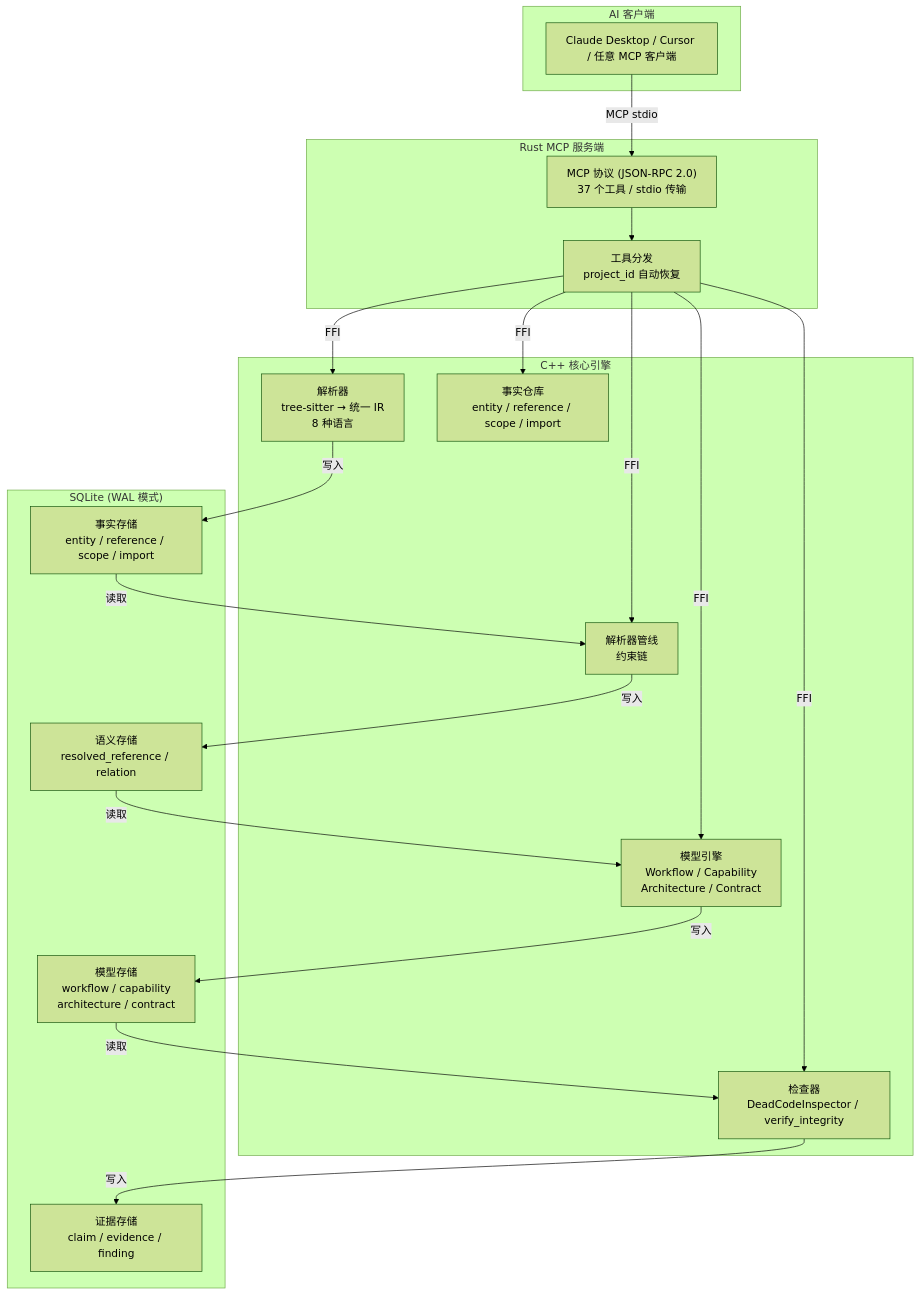
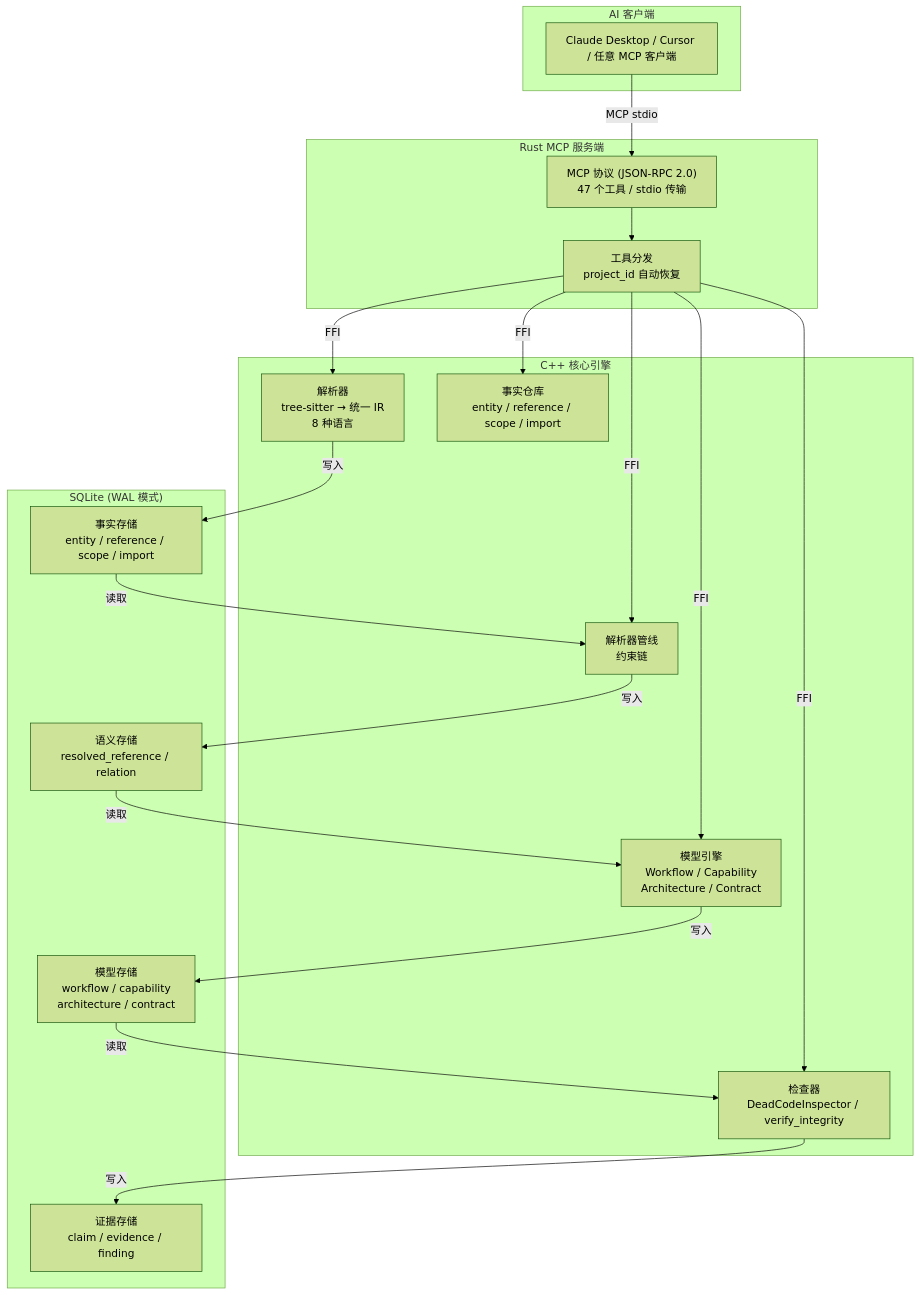
One commit to Timwood0x10/CodeScope changed the first of 3 diagrams in README.zh.md. Above: the diagram before and after it, drawn with Mermaid (forest theme). The commit also changed other lines of this file and 35 other files, not shown here.

````diff
--- a/README.zh.md
+++ b/README.zh.md
@@ -49,42 +49,42 @@
 ```mermaid
 graph TB
     subgraph "AI 客户端"
         Client["Claude Desktop / Cursor / 任意 MCP 客户端"]
     end
 
     subgraph "Rust MCP 服务端"
-        MCP["MCP 协议 (JSON-RPC 2.0)<br/>37 个工具 / stdio 传输"]
+        MCP["MCP 协议 (JSON-RPC 2.0)<br/>47 个工具 / stdio 传输"]
         DISPATCH["工具分发<br/>project_id 自动恢复"]
     end
 
     subgraph "C++ 核心引擎"
         PARSER["解析器<br/>tree-sitter → 统一 IR<br/>8 种语言"]
         FACTS["事实仓库<br/>entity / reference / scope / import"]
         RESOLVER["解析器管线<br/>约束链"]
         MODEL["模型引擎<br/>Workflow / Capability<br/>Architecture / Contract"]
         INSPECTOR["检查器<br/>DeadCodeInspector / verify_integrity"]
     end
 
     subgraph "SQLite (WAL 模式)"
         F_STORE["事实存储<br/>entity / reference / scope / import"]
         S_STORE["语义存储<br/>resolved_reference / relation"]
         M_STORE["模型存储<br/>workflow / capability<br/>architecture / contract"]
         E_STORE["证据存储<br/>claim / evidence / finding"]
     end
 
     Client -->|"MCP stdio"| MCP
     MCP --> DISPATCH
     DISPATCH -->|"FFI"| PARSER
     DISPATCH -->|"FFI"| FACTS
     DISPATCH -->|"FFI"| RESOLVER
     DISPATCH -->|"FFI"| MODEL
     DISPATCH -->|"FFI"| INSPECTOR
 
     PARSER -->|"写入"| F_STORE
     F_STORE -->|"读取"| RESOLVER
     RESOLVER -->|"写入"| S_STORE
     S_STORE -->|"读取"| MODEL
     MODEL -->|"写入"| M_STORE
     M_STORE -->|"读取"| INSPECTOR
     INSPECTOR -->|"写入"| E_STORE
 ```
````
